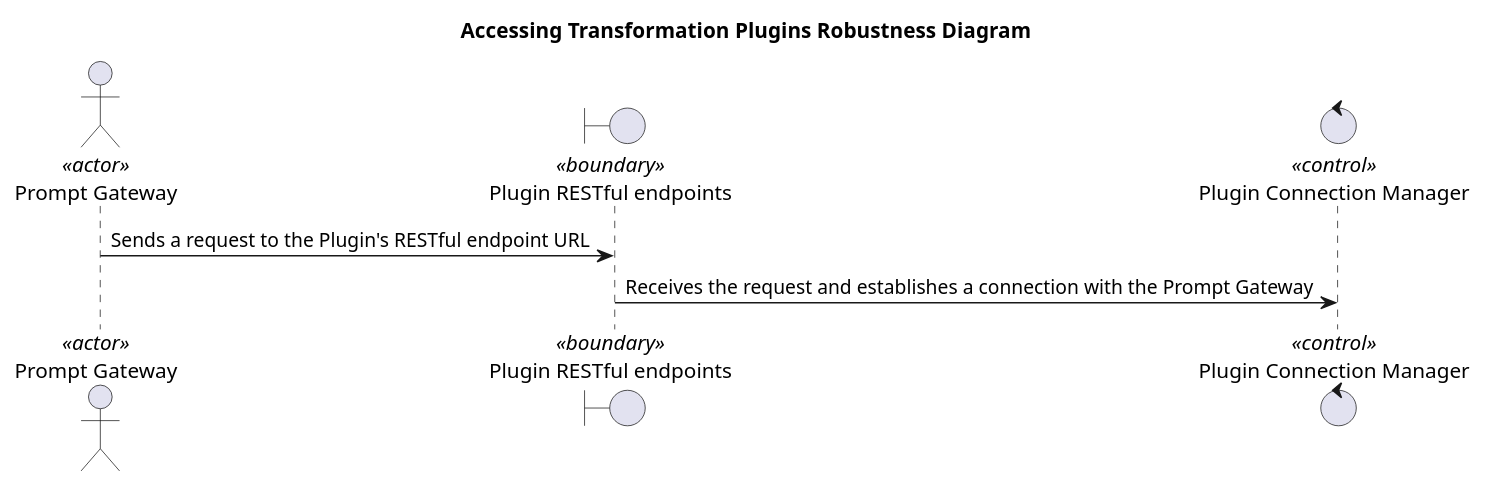
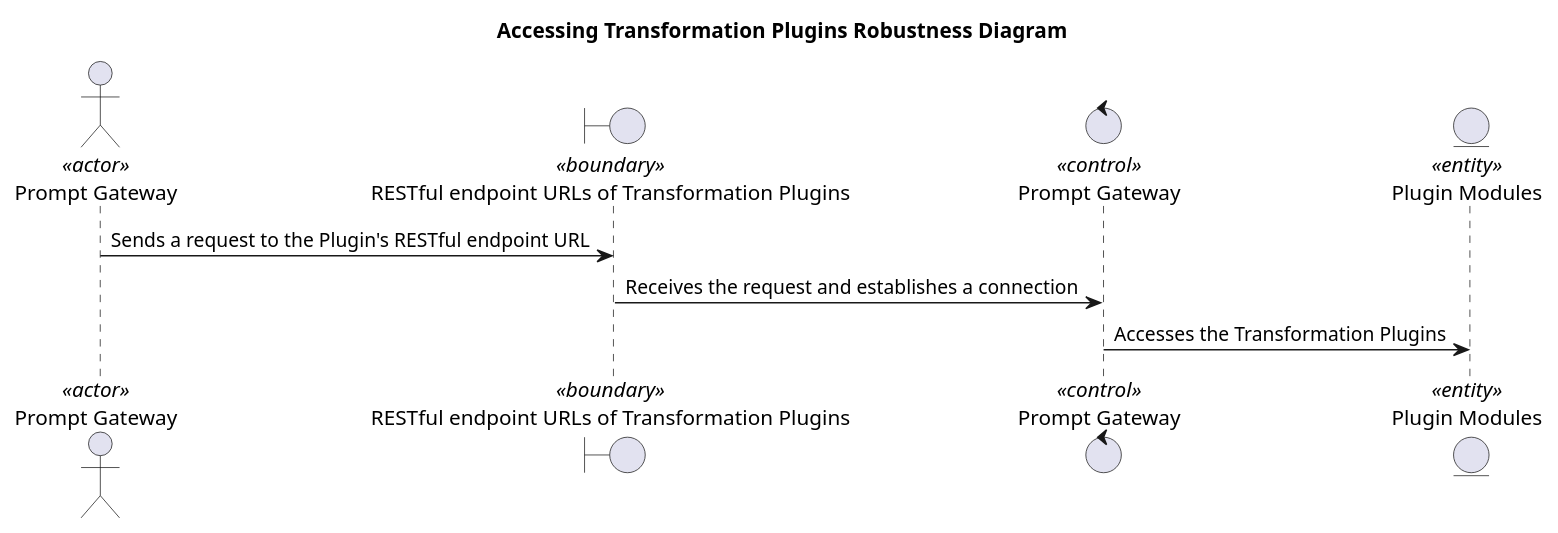
Diagram 17 of 21 in Design_Document_Prompt_Gateway_RESTful_API_LLM.md (o2alexanderfedin/AI-demos), drawn with PlantUML before and after one commit. The commit also changed other lines of this file, not shown here.

````diff
--- a/Design_Document_Prompt_Gateway_RESTful_API_LLM.md
+++ b/Design_Document_Prompt_Gateway_RESTful_API_LLM.md
@@ -579,12 +663,14 @@
 ```plantuml
 @startuml
 title Accessing Transformation Plugins Robustness Diagram
 
 actor "Prompt Gateway" as A <<actor>>
-boundary "Plugin RESTful endpoints" as B <<boundary>>
-control "Plugin Connection Manager" as C <<control>>
+boundary "RESTful endpoint URLs of Transformation Plugins" as B <<boundary>>
+control "Prompt Gateway" as C <<control>>
+entity "Plugin Modules" as D <<entity>>
 
 A -> B : Sends a request to the Plugin's RESTful endpoint URL
-B -> C : Receives the request and establishes a connection with the Prompt Gateway
+B -> C : Receives the request and establishes a connection
+C -> D : Accesses the Transformation Plugins
 @enduml
 ```
````
